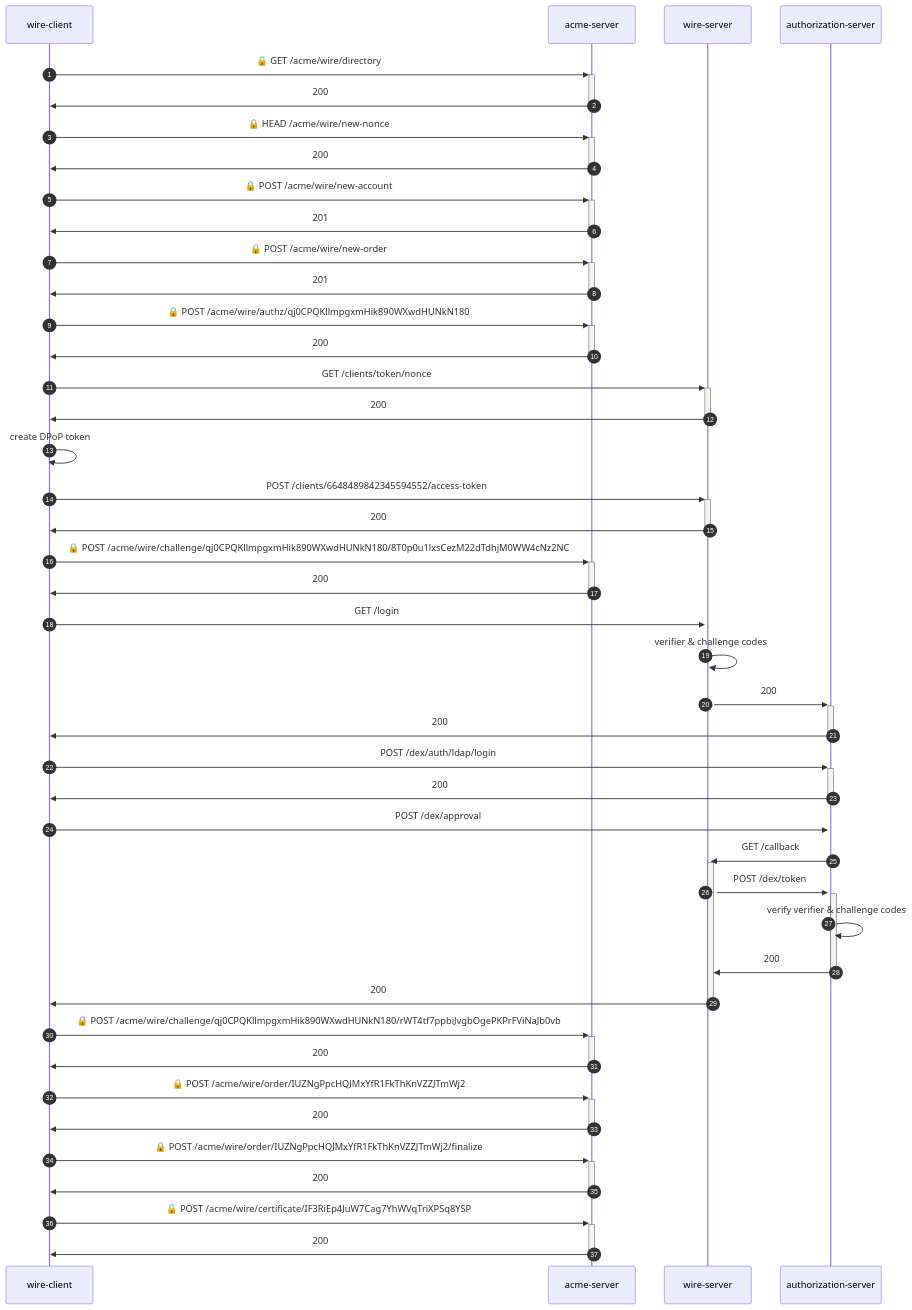
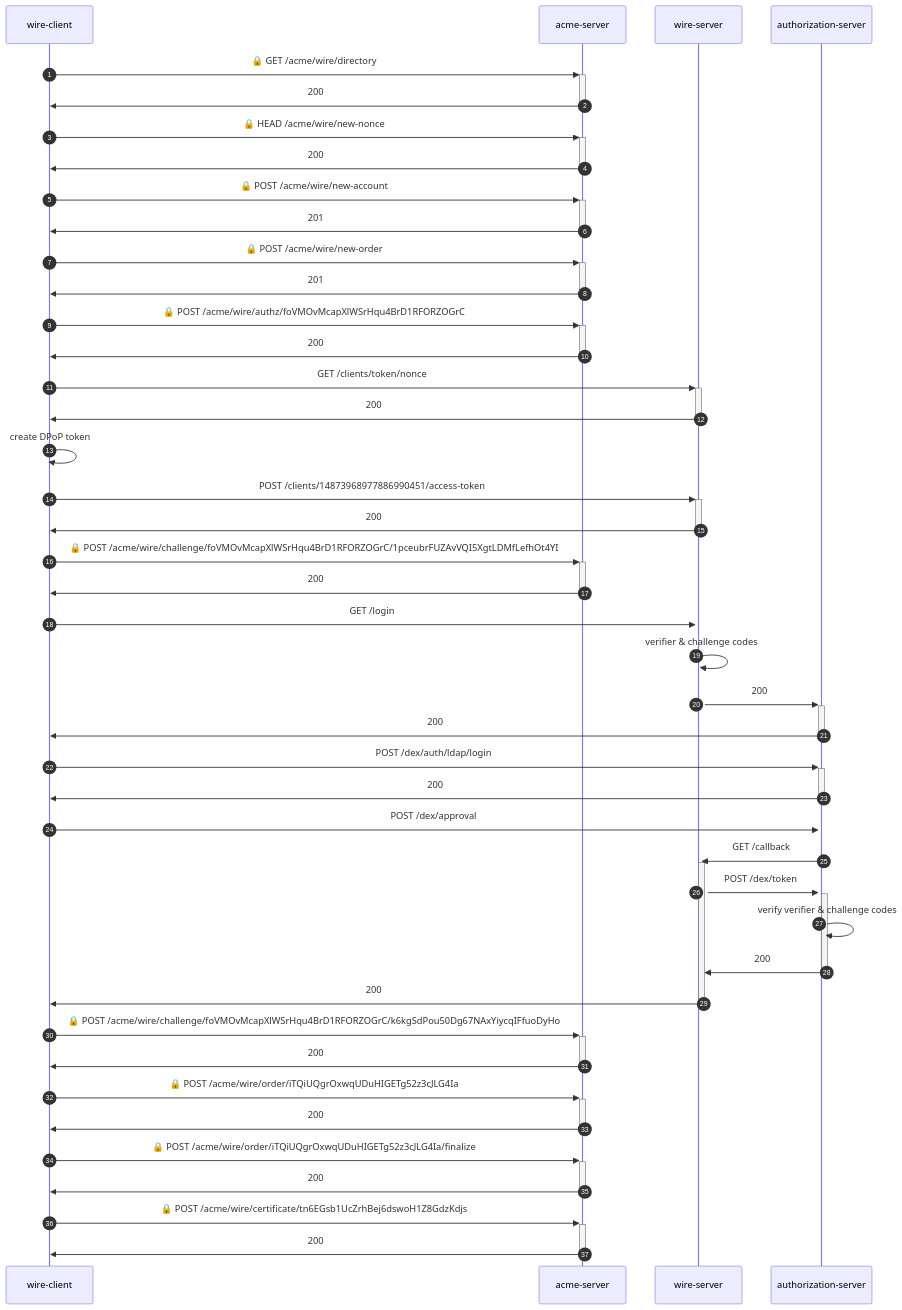
Before and after one commit to wireapp/rusty-jwt-tools: the diagram in e2e-identity/README.md, drawn with Mermaid. The commit also changed other lines of this file and 2 other files, not shown here.

````diff
--- a/e2e-identity/README.md
+++ b/e2e-identity/README.md
@@ -3,41 +3,41 @@
 ```mermaid
 sequenceDiagram
     autonumber
     wire-client->>+acme-server: 🔒 GET /acme/wire/directory
     acme-server->>-wire-client: 200
     wire-client->>+acme-server: 🔒 HEAD /acme/wire/new-nonce
     acme-server->>-wire-client: 200
     wire-client->>+acme-server: 🔒 POST /acme/wire/new-account
     acme-server->>-wire-client: 201
     wire-client->>+acme-server: 🔒 POST /acme/wire/new-order
     acme-server->>-wire-client: 201
-    wire-client->>+acme-server: 🔒 POST /acme/wire/authz/qj0CPQKllmpgxmHik890WXwdHUNkN180
+    wire-client->>+acme-server: 🔒 POST /acme/wire/authz/foVMOvMcapXlWSrHqu4BrD1RFORZOGrC
     acme-server->>-wire-client: 200
     wire-client->>+wire-server:  GET /clients/token/nonce
     wire-server->>-wire-client: 200
     wire-client->>wire-client: create DPoP token
-    wire-client->>+wire-server:  POST /clients/6648489842345594552/access-token
+    wire-client->>+wire-server:  POST /clients/14873968977886990451/access-token
     wire-server->>-wire-client: 200
-    wire-client->>+acme-server: 🔒 POST /acme/wire/challenge/qj0CPQKllmpgxmHik890WXwdHUNkN180/8T0p0u1lxsCezM22dTdhjM0WW4cNz2NC
+    wire-client->>+acme-server: 🔒 POST /acme/wire/challenge/foVMOvMcapXlWSrHqu4BrD1RFORZOGrC/1pceubrFUZAvVQI5XgtLDMfLefhOt4YI
     acme-server->>-wire-client: 200
     wire-client->>+wire-server:  GET /login
     wire-server->>wire-server: verifier & challenge codes
     wire-server->>+authorization-server:  200
     authorization-server->>-wire-client: 200
     wire-client->>+authorization-server:  POST /dex/auth/ldap/login
     authorization-server->>-wire-client: 200
     wire-client->>+authorization-server:  POST /dex/approval
     authorization-server->>+wire-server:  GET /callback
     wire-server->>+authorization-server:  POST /dex/token
     authorization-server->>authorization-server: verify verifier & challenge codes
     authorization-server->>-wire-server: 200
     wire-server->>-wire-client: 200
-    wire-client->>+acme-server: 🔒 POST /acme/wire/challenge/qj0CPQKllmpgxmHik890WXwdHUNkN180/rWT4tf7ppbiJvgbOgePKPrFViNaJb0vb
+    wire-client->>+acme-server: 🔒 POST /acme/wire/challenge/foVMOvMcapXlWSrHqu4BrD1RFORZOGrC/k6kgSdPou50Dg67NAxYiycqIFfuoDyHo
     acme-server->>-wire-client: 200
-    wire-client->>+acme-server: 🔒 POST /acme/wire/order/IUZNgPpcHQJMxYfR1FkThKnVZZJTmWj2
+    wire-client->>+acme-server: 🔒 POST /acme/wire/order/iTQiUQgrOxwqUDuHIGETg52z3cJLG4Ia
     acme-server->>-wire-client: 200
-    wire-client->>+acme-server: 🔒 POST /acme/wire/order/IUZNgPpcHQJMxYfR1FkThKnVZZJTmWj2/finalize
+    wire-client->>+acme-server: 🔒 POST /acme/wire/order/iTQiUQgrOxwqUDuHIGETg52z3cJLG4Ia/finalize
     acme-server->>-wire-client: 200
-    wire-client->>+acme-server: 🔒 POST /acme/wire/certificate/IF3RiEp4JuW7Cag7YhWVqTriXPSq8YSP
+    wire-client->>+acme-server: 🔒 POST /acme/wire/certificate/tn6EGsb1UcZrhBej6dswoH1Z8GdzKdjs
     acme-server->>-wire-client: 200
 ```
````
